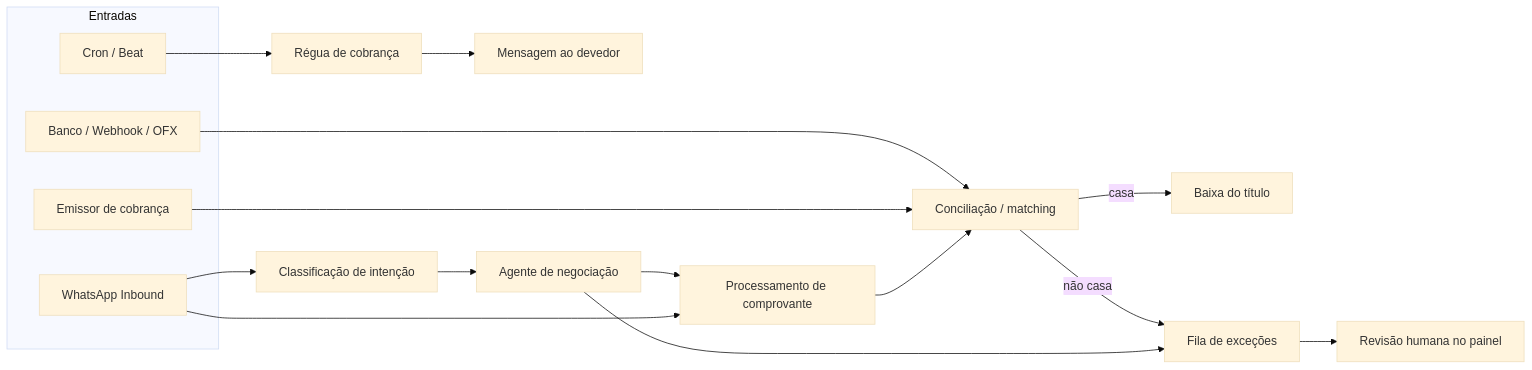
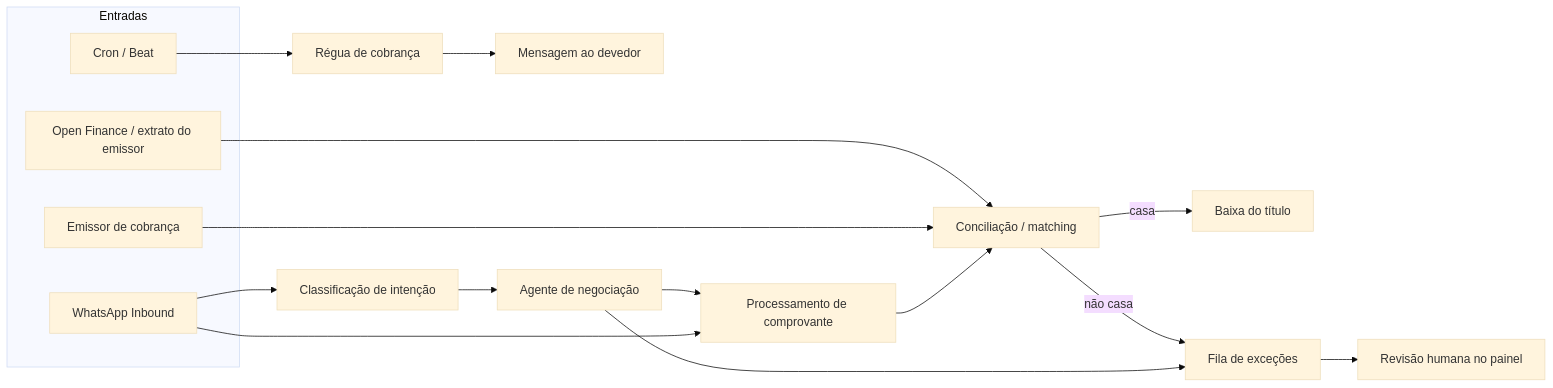
The first of 13 diagrams in FLUXOS.md (faelsou/settlr), drawn with Mermaid (base theme) before and after one commit. The commit also changed other lines of this file and 22 other files, not shown here.

Commit message:
O pagamento entra sem arquivo, pelo Open Finance ou pelo extrato do emissor, e a planilha fica só como exceção.

````diff
--- a/FLUXOS.md
+++ b/FLUXOS.md
@@ -55,23 +55,23 @@
 ```mermaid
 flowchart LR
     subgraph Entradas
       CRON[Cron / Beat]
       WA[WhatsApp Inbound]
-      BANK[Banco / Webhook / OFX]
+      BANK[Open Finance / extrato do emissor]
       ISSUER[Emissor de cobrança]
     end
 
     CRON --> DUN[Régua de cobrança]
     DUN --> WA_OUT[Mensagem ao devedor]
     WA --> INT[Classificação de intenção]
     INT --> AGENT[Agente de negociação]
     AGENT --> RECEIPT[Processamento de comprovante]
     WA --> RECEIPT
     BANK --> RECON[Conciliação / matching]
     ISSUER --> RECON
     RECEIPT --> RECON
     RECON -->|casa| BAIXA[Baixa do título]
     RECON -->|não casa| EXC[Fila de exceções]
     EXC --> HUMAN[Revisão humana no painel]
     AGENT --> EXC
 ```
````
